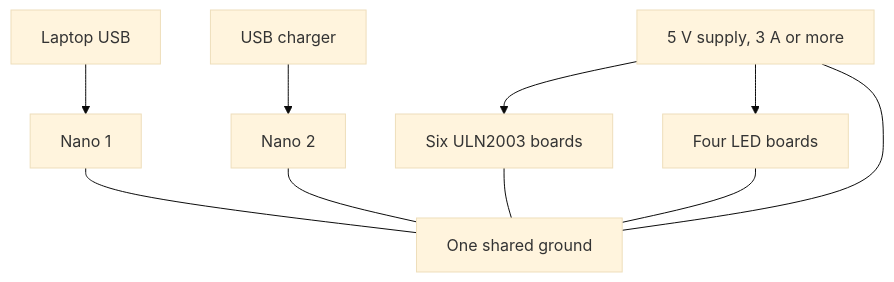
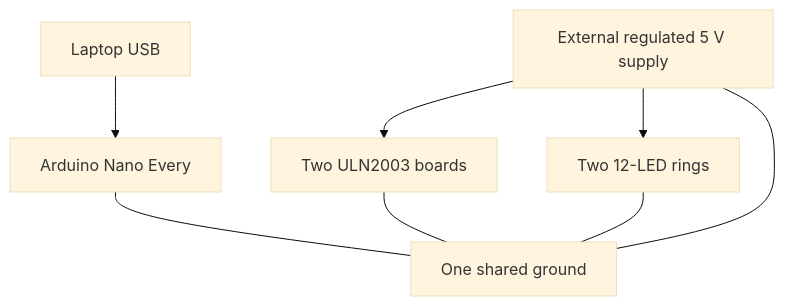
The fourth of 4 diagrams in README.md (JoycelynDing/CPS-Group21-Paul-the-Octopus), drawn with Mermaid (base theme) before and after one commit. The commit also changed other lines of this file, not shown here.

````diff
--- a/README.md
+++ b/README.md
@@ -177,13 +137,11 @@
 ```mermaid
 flowchart TB
-  supply[5 V supply, 3 A or more]
-  supply --> drivers[Six ULN2003 boards]
-  supply --> leds[Four LED boards]
-  usb1[Laptop USB] --> nano1[Nano 1]
-  usb2[USB charger] --> nano2[Nano 2]
+  supply[External regulated 5 V supply]
+  supply --> drivers[Two ULN2003 boards]
+  supply --> leds[Two 12-LED rings]
+  usb[Laptop USB] --> nano[Arduino Nano Every]
   supply --- gnd[One shared ground]
-  nano1 --- gnd
-  nano2 --- gnd
+  nano --- gnd
   drivers --- gnd
   leds --- gnd
 ```
````
